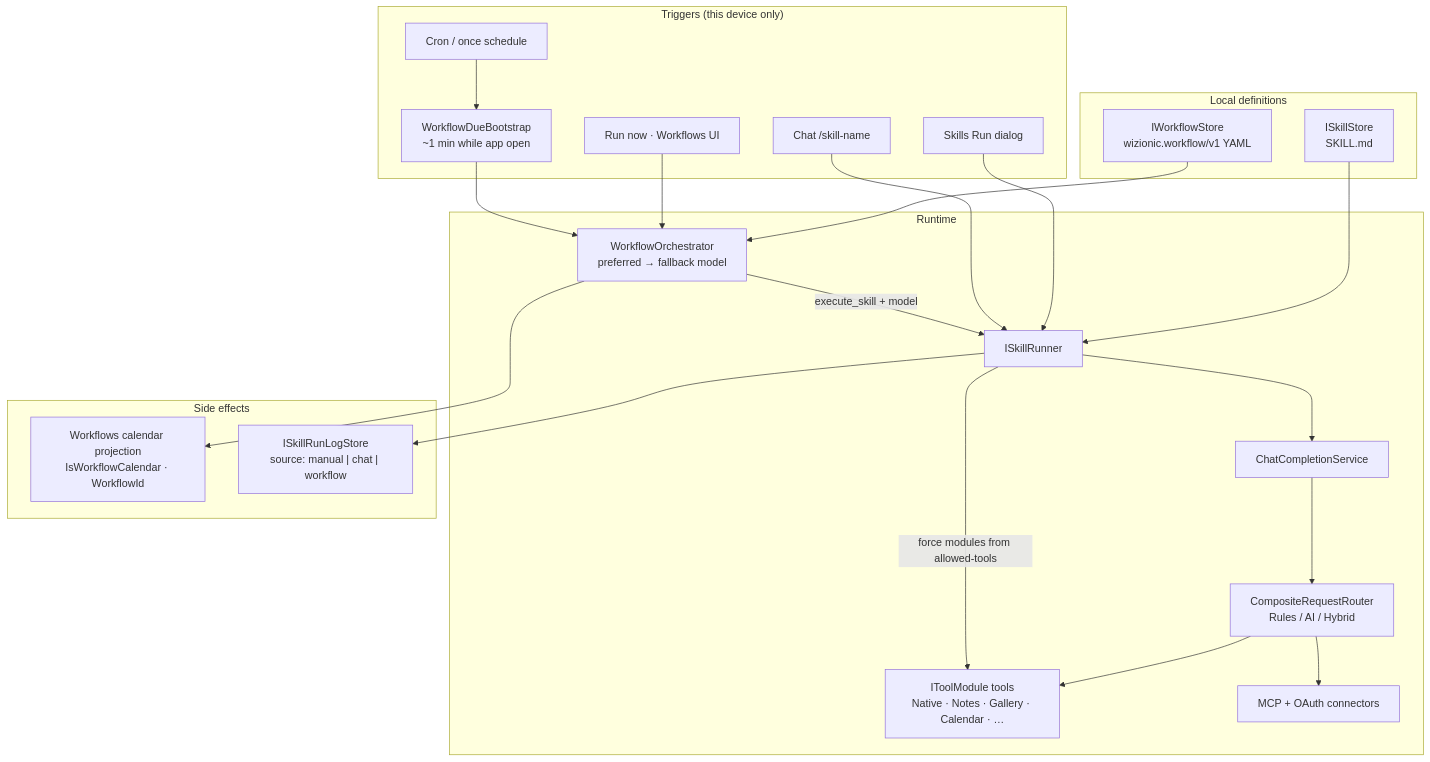
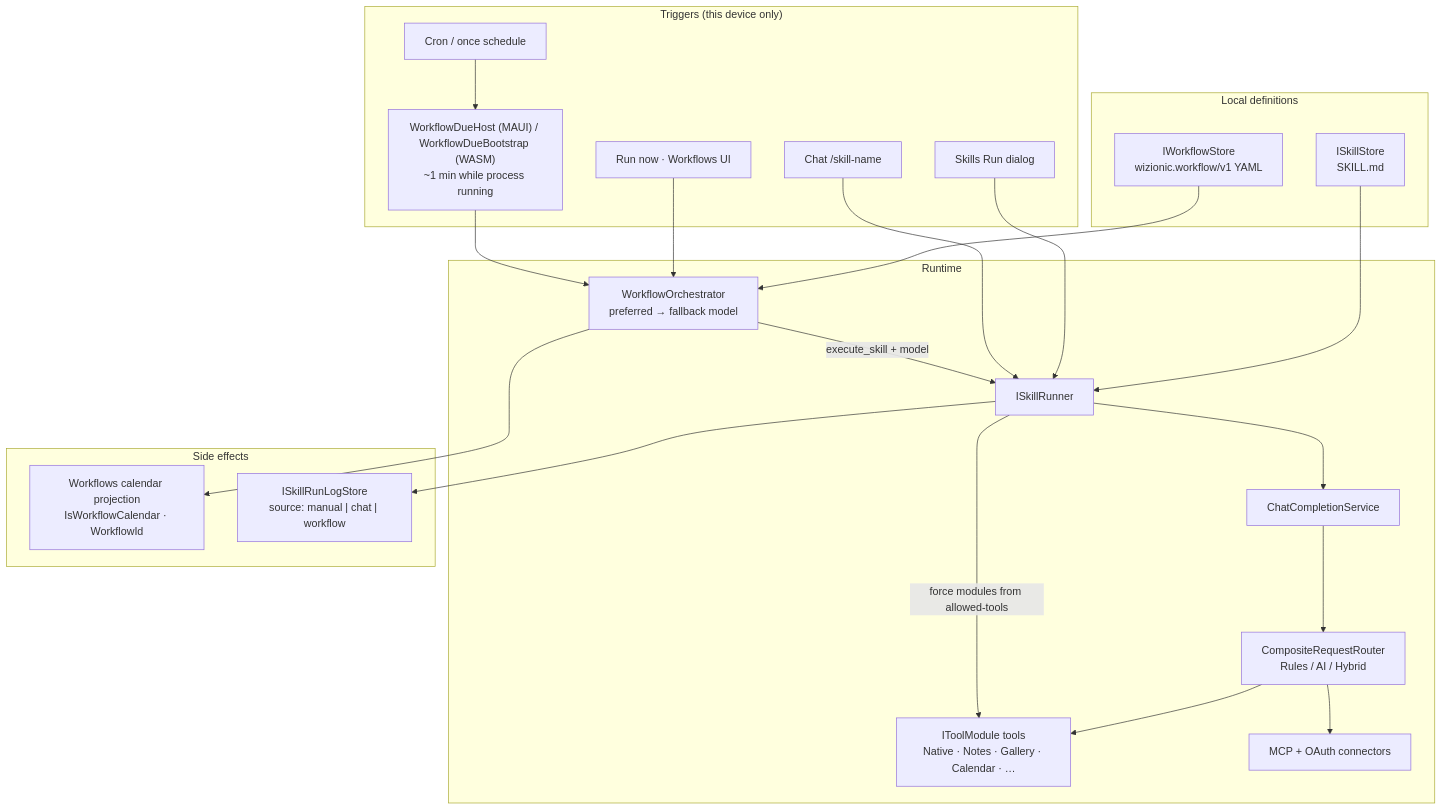
Before and after one commit to Wizionic/wizionic: the second of 4 diagrams in ARCHITECTURE.md, drawn with Mermaid. The commit also changed other lines of this file and 34 other files, not shown here.

````diff
--- a/ARCHITECTURE.md
+++ b/ARCHITECTURE.md
@@ -395,45 +395,45 @@
 ```mermaid
 flowchart TB
   subgraph triggers["Triggers (this device only)"]
     Cron["Cron / once schedule"]
     Manual["Run now · Workflows UI"]
-    Tick["WorkflowDueBootstrap<br/>~1 min while app open"]
+    Tick["WorkflowDueHost (MAUI) / WorkflowDueBootstrap (WASM)<br/>~1 min while process running"]
     ChatSkill["Chat /skill-name"]
     RunDlg["Skills Run dialog"]
   end
 
   subgraph defs["Local definitions"]
     WF["IWorkflowStore<br/>wizionic.workflow/v1 YAML"]
     SK["ISkillStore<br/>SKILL.md"]
   end
 
   subgraph runtime["Runtime"]
     Orch["WorkflowOrchestrator<br/>preferred → fallback model"]
     Runner["ISkillRunner"]
     CCS["ChatCompletionService"]
     Router["CompositeRequestRouter<br/>Rules / AI / Hybrid"]
     Modules["IToolModule tools<br/>Native · Notes · Gallery · Calendar · …"]
     MCP["MCP + OAuth connectors"]
   end
 
   subgraph side["Side effects"]
     Cal["Workflows calendar projection<br/>IsWorkflowCalendar · WorkflowId"]
     Log["ISkillRunLogStore<br/>source: manual | chat | workflow"]
   end
 
   Cron --> Tick
   Tick --> Orch
   Manual --> Orch
   WF --> Orch
   Orch -->|"execute_skill + model"| Runner
   ChatSkill --> Runner
   RunDlg --> Runner
   SK --> Runner
   Runner -->|"force modules from allowed-tools"| Modules
   Runner --> CCS
   CCS --> Router
   Router --> Modules
   Router --> MCP
   Orch --> Cal
   Runner --> Log
 ```
````
